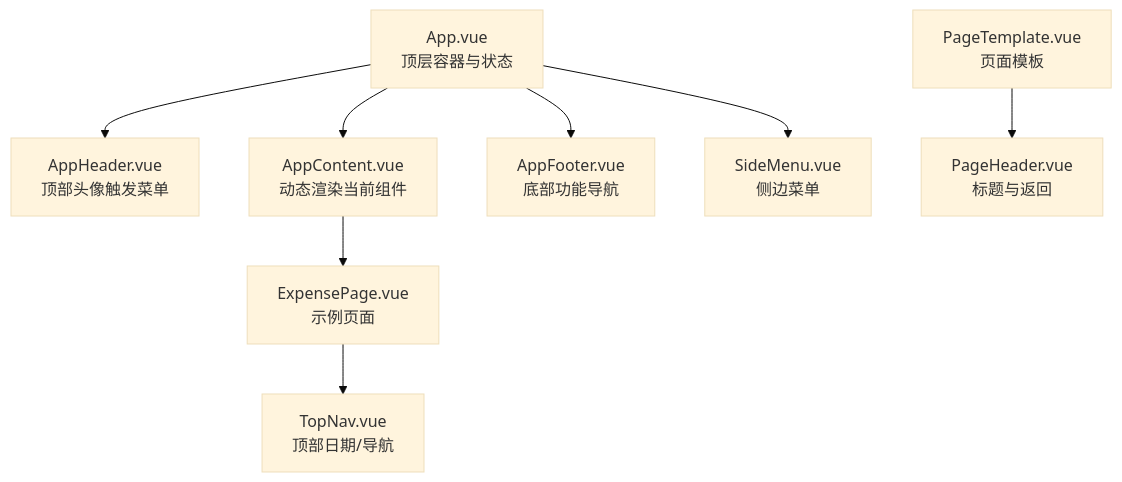
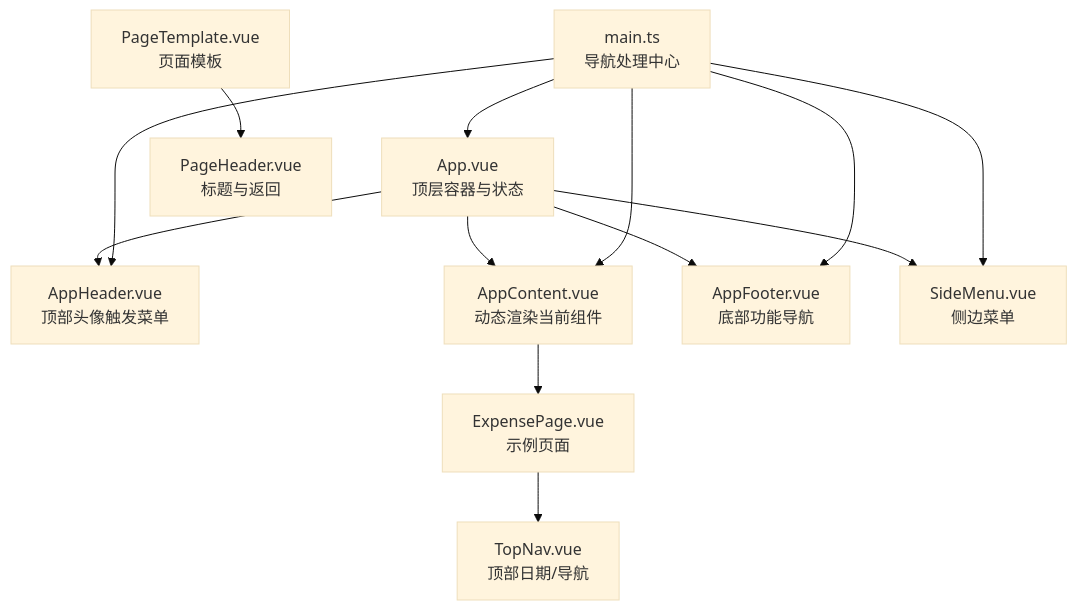
One commit to xiao-lin-unit/yuan changed the first of 7 diagrams in .qoder/repowiki/zh/content/UI组件/导航组件.md. Above: the diagram before and after it, drawn with Mermaid (base theme). The commit also changed other lines of this file and 9 other files, not shown here.

````diff
--- a/.qoder/repowiki/zh/content/UI组件/导航组件.md
+++ b/.qoder/repowiki/zh/content/UI组件/导航组件.md
@@ -49,10 +58,15 @@
 ```mermaid
 graph TB
 App["App.vue<br/>顶层容器与状态"] --> AH["AppHeader.vue<br/>顶部头像触发菜单"]
 App --> AC["AppContent.vue<br/>动态渲染当前组件"]
 App --> AF["AppFooter.vue<br/>底部功能导航"]
 App --> SM["SideMenu.vue<br/>侧边菜单"]
 AC --> EP["ExpensePage.vue<br/>示例页面"]
 EP --> TN["TopNav.vue<br/>顶部日期/导航"]
 PT["PageTemplate.vue<br/>页面模板"] --> PH["PageHeader.vue<br/>标题与返回"]
+Main["main.ts<br/>导航处理中心"] --> App
+Main --> AH
+Main --> AC
+Main --> AF
+Main --> SM
 ```
````
